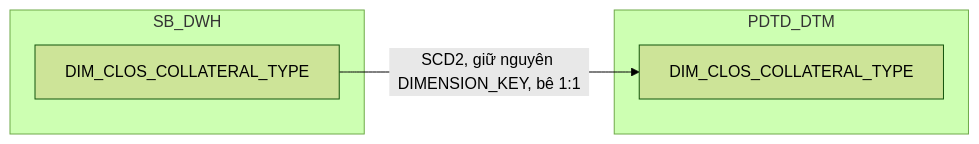
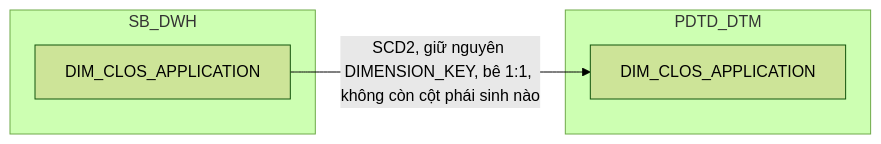
One commit to chien1198/sb-mapping-gen changed the third of 18 diagrams in hld/hld_review/HLD_DIM_PDTD_DTM_review.md. Above: the diagram before and after it, drawn with Mermaid (forest theme). The commit also changed other lines of this file and 183 other files, not shown here.

````diff
--- a/hld/hld_review/HLD_DIM_PDTD_DTM_review.md
+++ b/hld/hld_review/HLD_DIM_PDTD_DTM_review.md
@@ -186,10 +123,10 @@
 ```mermaid
 flowchart LR
     subgraph SB_DWH
-        D["DIM_CLOS_COLLATERAL_TYPE"]
+        F["DIM_CLOS_APPLICATION"]
     end
     subgraph PDTD_DTM
-        E["DIM_CLOS_COLLATERAL_TYPE"]
+        G["DIM_CLOS_APPLICATION"]
     end
-    D -->|SCD2, giữ nguyên DIMENSION_KEY, bê 1:1| E
+    F -->|SCD2, giữ nguyên DIMENSION_KEY, bê 1:1, không còn cột phái sinh nào| G
 ```
````
